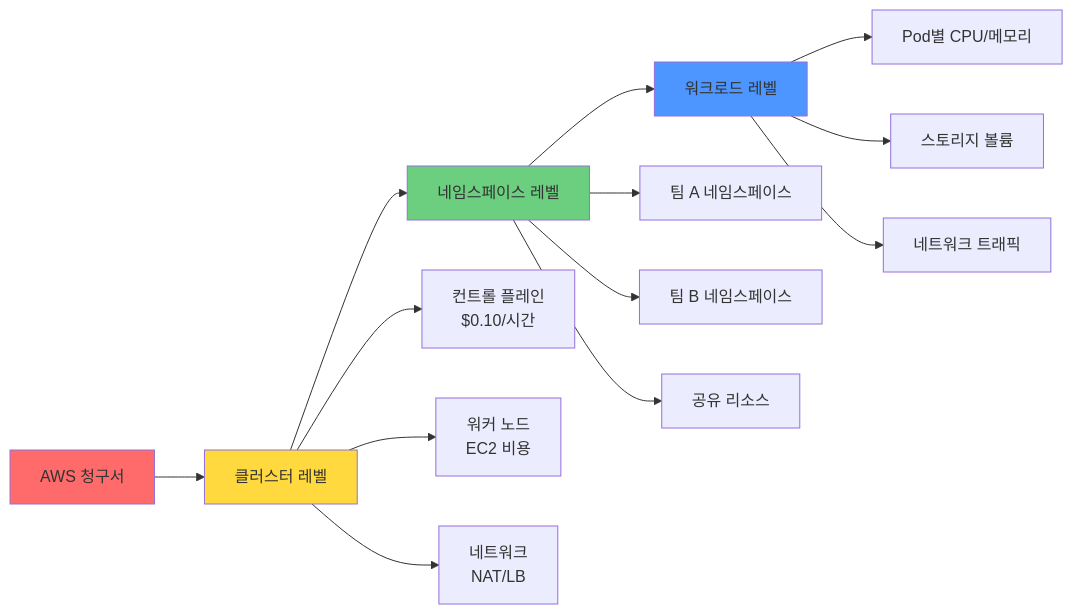
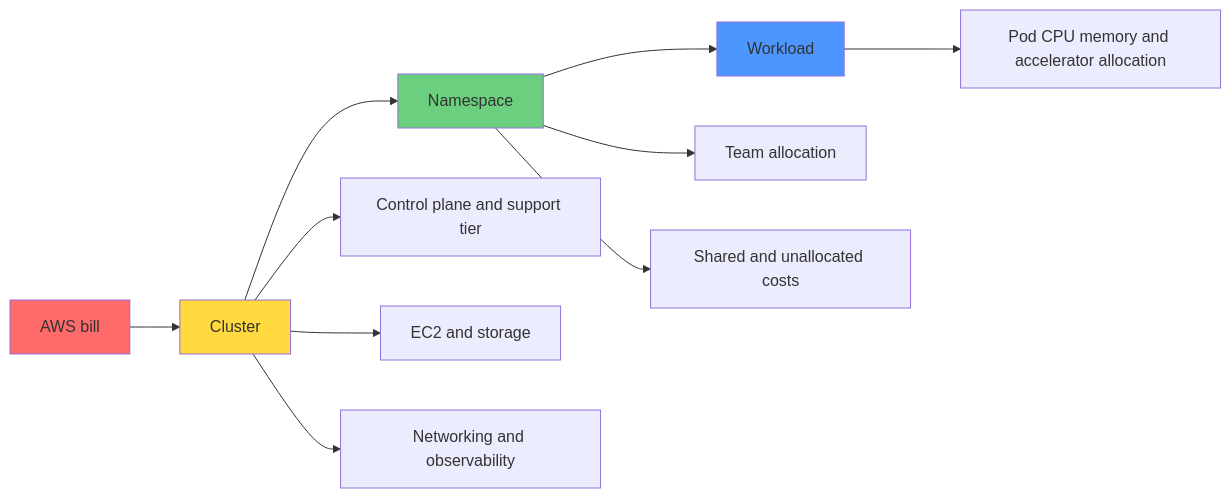
Before and after one commit to devfloor9/engineering-playbook: the second of 2 diagrams in docs/eks-best-practices/resource-cost/cost-management.md, drawn with Mermaid. The commit also changed other lines of this file and 7 other files, not shown here.

````diff
--- a/docs/eks-best-practices/resource-cost/cost-management.md
+++ b/docs/eks-best-practices/resource-cost/cost-management.md
@@ -143,23 +117,16 @@
 ```mermaid
 graph LR
-    A[AWS 청구서] --> B[클러스터 레벨]
-    B --> C[네임스페이스 레벨]
-    C --> D[워크로드 레벨]
-
-    B --> E[컨트롤 플레인<br/>$0.10/시간]
-    B --> F[워커 노드<br/>EC2 비용]
-    B --> G[네트워크<br/>NAT/LB]
-
-    C --> H[팀 A 네임스페이스]
-    C --> I[팀 B 네임스페이스]
-    C --> J[공유 리소스]
-
-    D --> K[Pod별 CPU/메모리]
-    D --> L[스토리지 볼륨]
-    D --> M[네트워크 트래픽]
-
+    A[AWS bill] --> B[Cluster]
+    B --> C[Namespace]
+    C --> D[Workload]
+    B --> E[Control plane and support tier]
+    B --> F[EC2 and storage]
+    B --> G[Networking and observability]
+    C --> H[Team allocation]
+    C --> I[Shared and unallocated costs]
+    D --> J[Pod CPU memory and accelerator allocation]
     style A fill:#ff6b6b
     style B fill:#ffd93d
     style C fill:#6bcf7f
     style D fill:#4d96ff
 ```
````
